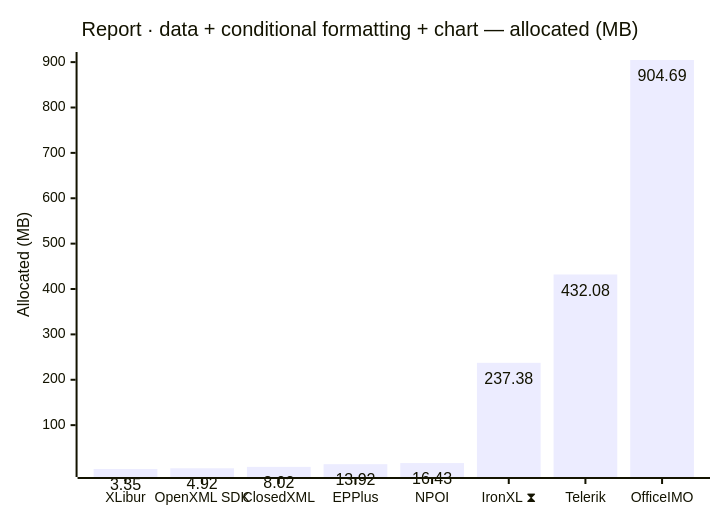
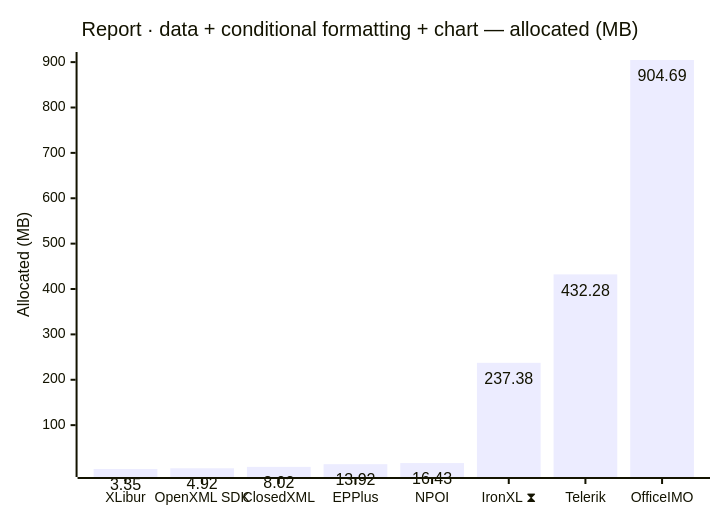
Before and after one commit to jafin/XLBench: the eighth of 12 diagrams in docs/results.md, drawn with Mermaid. The commit also changed other lines of this file and 5 other files, not shown here.

````diff
--- a/docs/results.md
+++ b/docs/results.md
@@ -133,12 +133,12 @@
 ```mermaid
 ---
 config:
   xyChart:
     showDataLabel: true
 ---
 xychart-beta
     title "Report · data + conditional formatting + chart — allocated (MB)"
     x-axis ["XLibur", "OpenXML SDK", "ClosedXML", "EPPlus", "NPOI", "IronXL ⧗", "Telerik", "OfficeIMO"]
     y-axis "Allocated (MB)"
-    bar [3.35, 4.92, 8.02, 13.92, 16.43, 237.38, 432.08, 904.69]
+    bar [3.35, 4.92, 8.02, 13.92, 16.43, 237.38, 432.28, 904.69]
 ```
````
